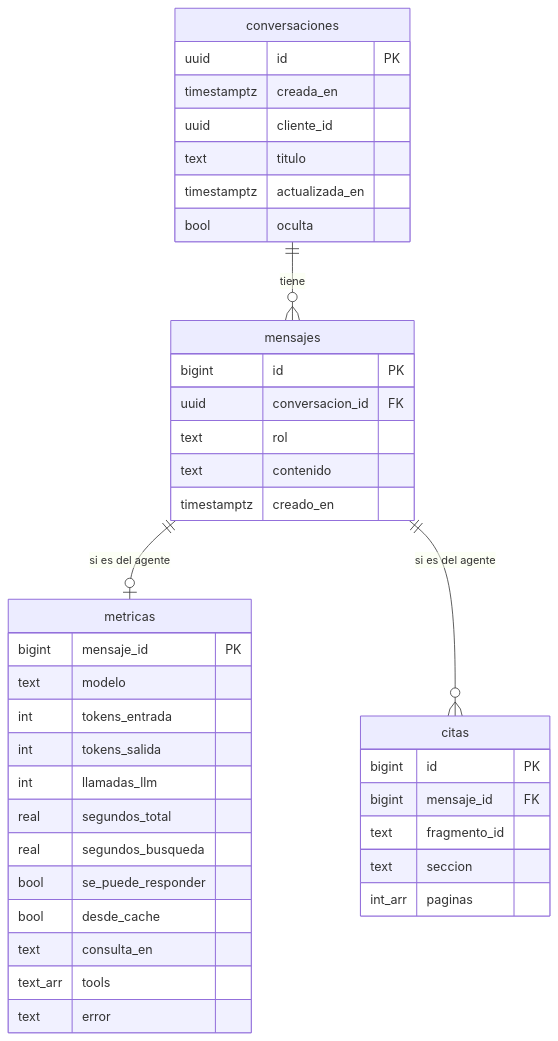
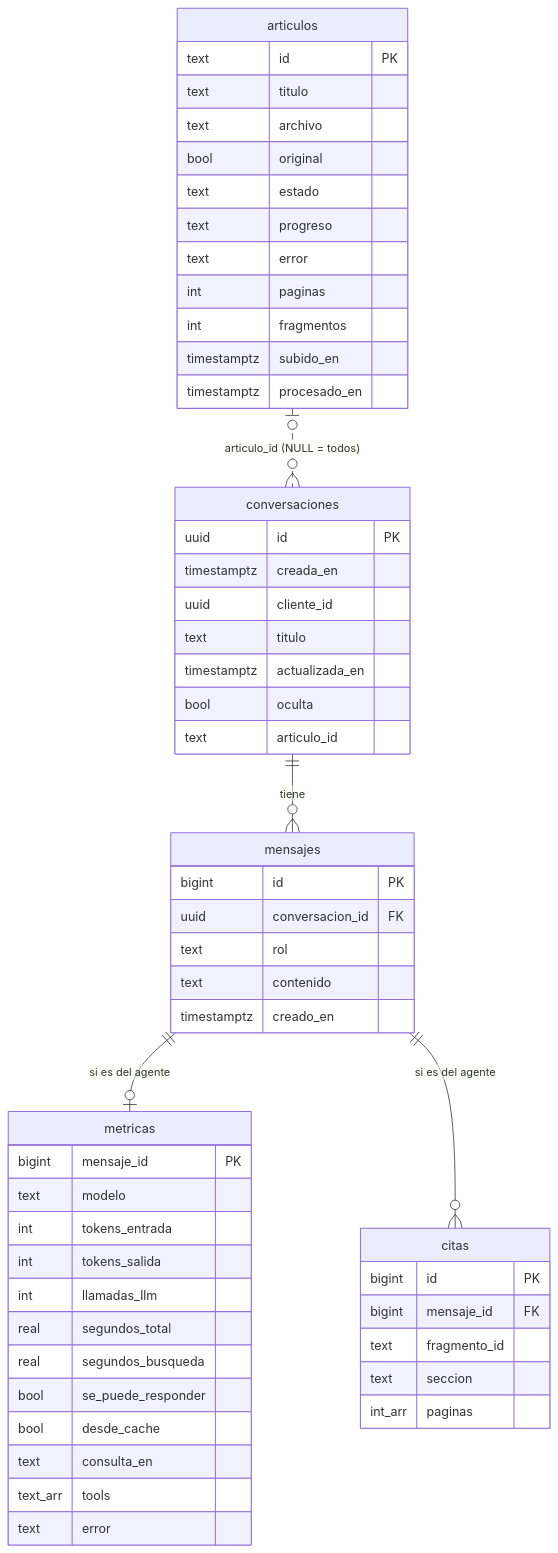
Before and after one commit to mcardenas3/agente-academico: the second of 2 diagrams in README.md, drawn with Mermaid. The commit also changed other lines of this file and 24 other files, not shown here.

````diff
--- a/README.md
+++ b/README.md
@@ -301,10 +338,12 @@
 ```mermaid
 erDiagram
     conversaciones ||--o{ mensajes : tiene
     mensajes ||--o| metricas : "si es del agente"
     mensajes ||--o{ citas : "si es del agente"
-    conversaciones { uuid id PK  timestamptz creada_en  uuid cliente_id  text titulo  timestamptz actualizada_en  bool oculta }
+    articulos |o..o{ conversaciones : "articulo_id (NULL = todos)"
+    conversaciones { uuid id PK  timestamptz creada_en  uuid cliente_id  text titulo  timestamptz actualizada_en  bool oculta  text articulo_id }
+    articulos { text id PK  text titulo  text archivo  bool original  text estado  text progreso  text error  int paginas  int fragmentos  timestamptz subido_en  timestamptz procesado_en }
     mensajes { bigint id PK  uuid conversacion_id FK  text rol  text contenido  timestamptz creado_en }
     metricas { bigint mensaje_id PK  text modelo  int tokens_entrada  int tokens_salida  int llamadas_llm  real segundos_total  real segundos_busqueda  bool se_puede_responder  bool desde_cache  text consulta_en  text_arr tools  text error }
     citas { bigint id PK  bigint mensaje_id FK  text fragmento_id  text seccion  int_arr paginas }
 ```
````
